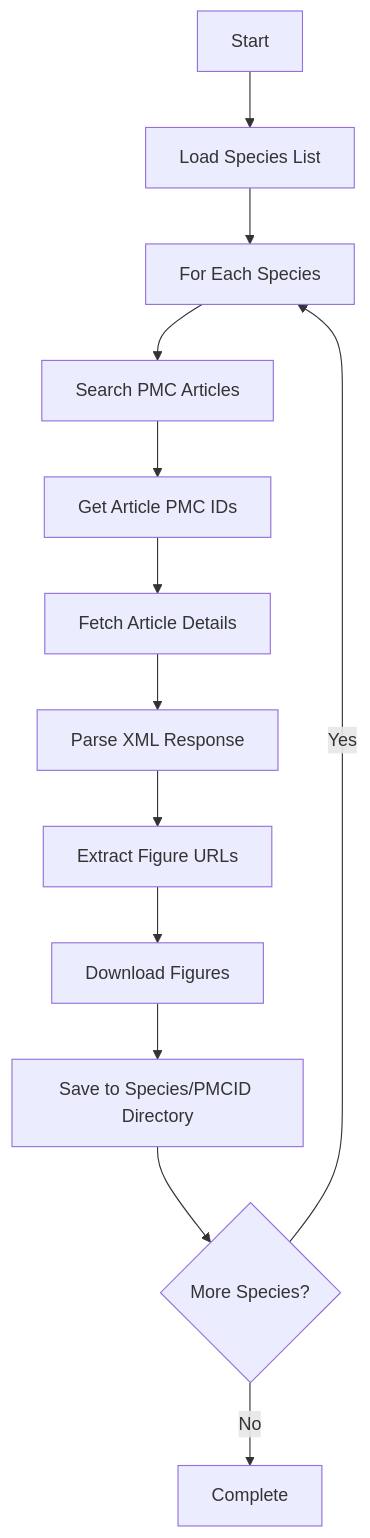
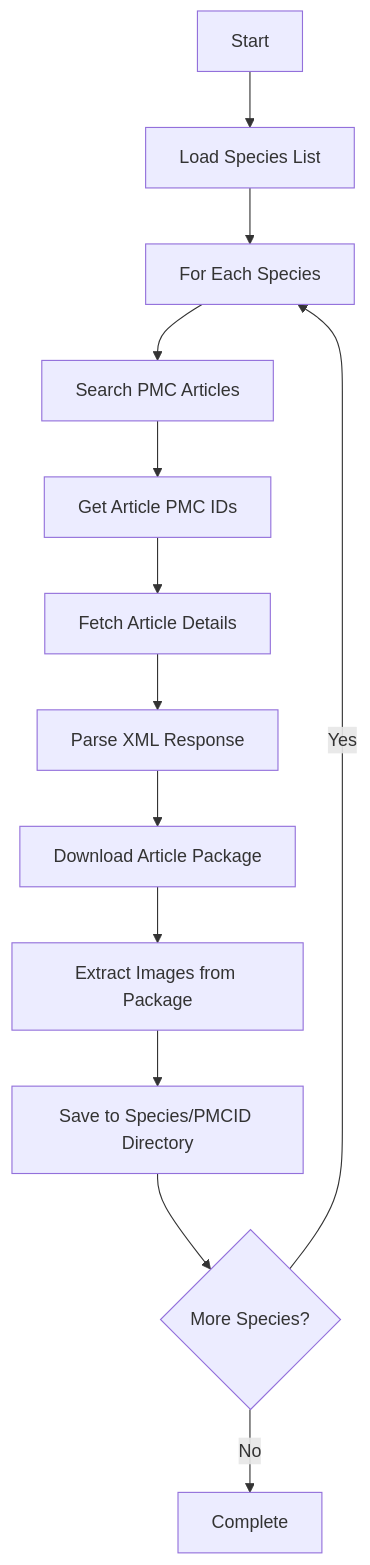
Before and after one commit to AlexJSully/Publication-Figure-Retrieval: the first of 2 diagrams in docs/index.md, drawn with Mermaid. The commit also changed other lines of this file and 26 other files, not shown here.

Commit message:
Fixed unable to download images (#233)

````diff
--- a/docs/index.md
+++ b/docs/index.md
@@ -33,15 +33,15 @@
 ```mermaid
 graph TD
     A[Start] --> B[Load Species List]
     B --> C[For Each Species]
     C --> D[Search PMC Articles]
     D --> E[Get Article PMC IDs]
     E --> F[Fetch Article Details]
     F --> G[Parse XML Response]
-    G --> H[Extract Figure URLs]
-    H --> I[Download Figures]
+    G --> H[Download Article Package]
+    H --> I[Extract Images from Package]
     I --> J[Save to Species/PMCID Directory]
     J --> K{More Species?}
     K -->|Yes| C
     K -->|No| L[Complete]
 ```
````
